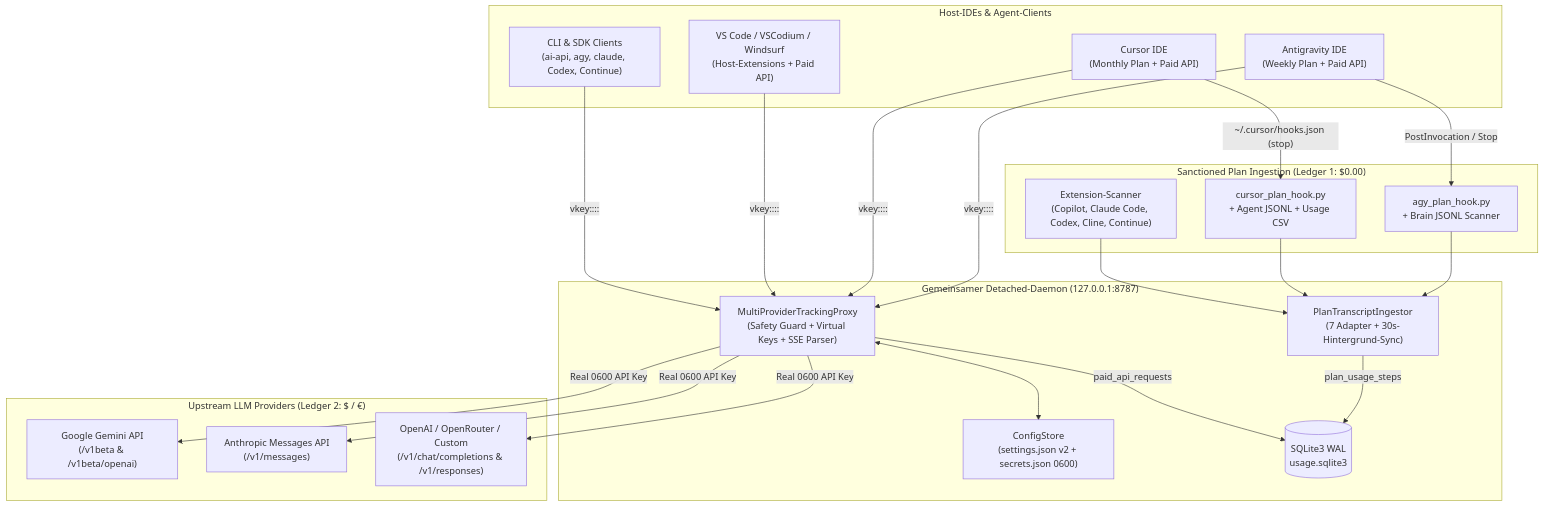
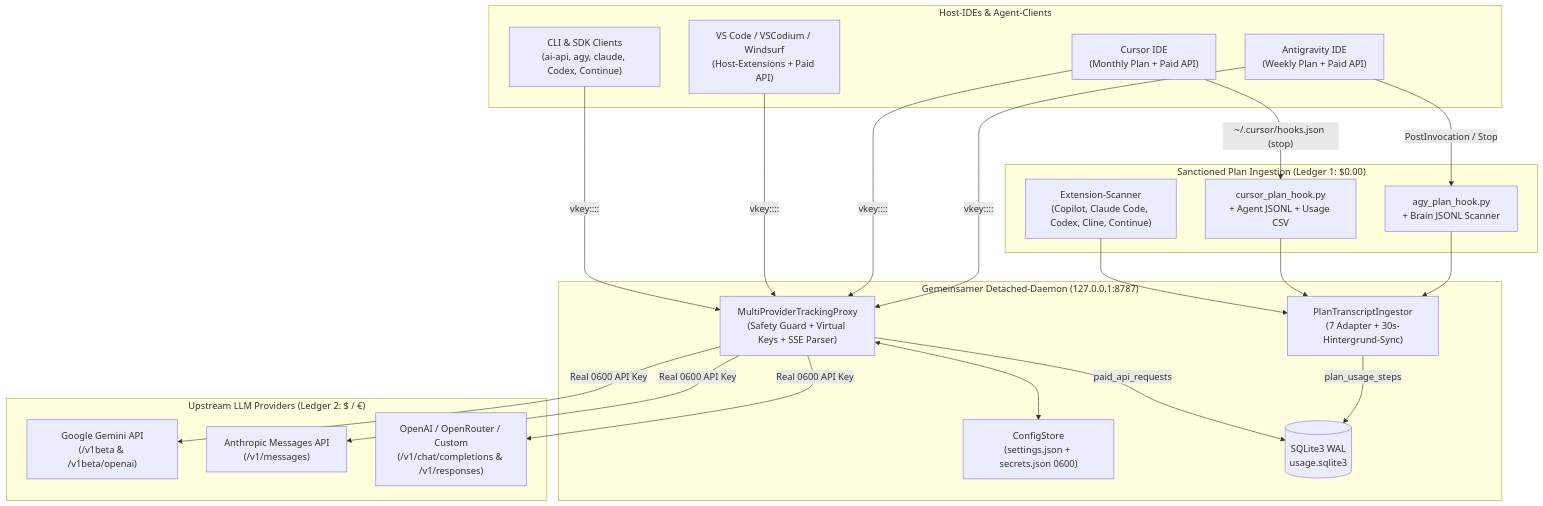
One commit to Vladyslav-Vitko/ai-token-tracker changed the diagram in README.de.md. Above: the diagram before and after it, drawn with Mermaid. The commit also changed other lines of this file and 3 other files, not shown here.

````diff
--- a/README.de.md
+++ b/README.de.md
@@ -74,38 +444,38 @@
 ```mermaid
 flowchart TB
     subgraph IDEs["Host-IDEs & Agent-Clients"]
         AGY["Antigravity IDE\n(Weekly Plan + Paid API)"]
         CUR["Cursor IDE\n(Monthly Plan + Paid API)"]
         VSC["VS Code / VSCodium / Windsurf\n(Host-Extensions + Paid API)"]
         CLI["CLI & SDK Clients\n(ai-api, agy, claude, Codex, Continue)"]
     end
 
     subgraph Hooks["Sanctioned Plan Ingestion (Ledger 1: $0.00)"]
         AGY_H["agy_plan_hook.py\n+ Brain JSONL Scanner"]
         CUR_H["cursor_plan_hook.py\n+ Agent JSONL + Usage CSV"]
         EXT_H["Extension-Scanner\n(Copilot, Claude Code, Codex, Cline, Continue)"]
     end
 
     subgraph Daemon["Gemeinsamer Detached-Daemon (127.0.0.1:8787)"]
         ING["PlanTranscriptIngestor\n(7 Adapter + 30s-Hintergrund-Sync)"]
         PRX["MultiProviderTrackingProxy\n(Safety Guard + Virtual Keys + SSE Parser)"]
-        CFG["ConfigStore\n(settings.json v2 + secrets.json 0600)"]
+        CFG["ConfigStore\n(settings.json + secrets.json 0600)"]
         DB[("SQLite3 WAL\nusage.sqlite3")]
     end
 
     subgraph Upstreams["Upstream LLM Providers (Ledger 2: $ / €)"]
         GEM["Google Gemini API\n(/v1beta & /v1beta/openai)"]
         ANT["Anthropic Messages API\n(/v1/messages)"]
         OAI["OpenAI / OpenRouter / Custom\n(/v1/chat/completions & /v1/responses)"]
     end
 
     AGY -->|"PostInvocation / Stop"| AGY_H
     CUR -->|"~/.cursor/hooks.json (stop)"| CUR_H
     AGY_H & CUR_H & EXT_H --> ING
     ING -->|"plan_usage_steps"| DB
 
     AGY & CUR & VSC & CLI -->|"vkey::<project>::<token>"| PRX
     PRX <--> CFG
     PRX -->|"paid_api_requests"| DB
     PRX -->|"Real 0600 API Key"| GEM & ANT & OAI
 ```
````
